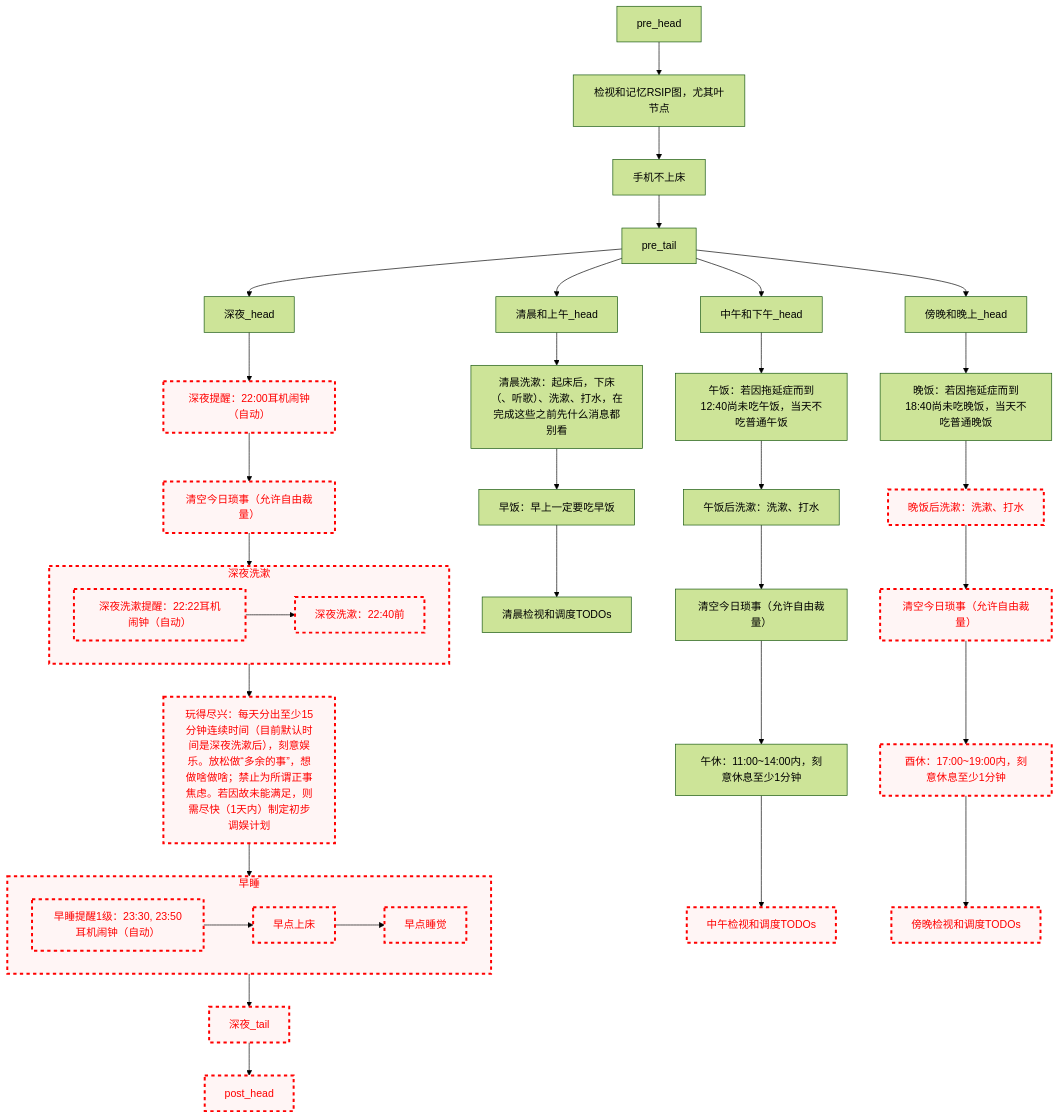
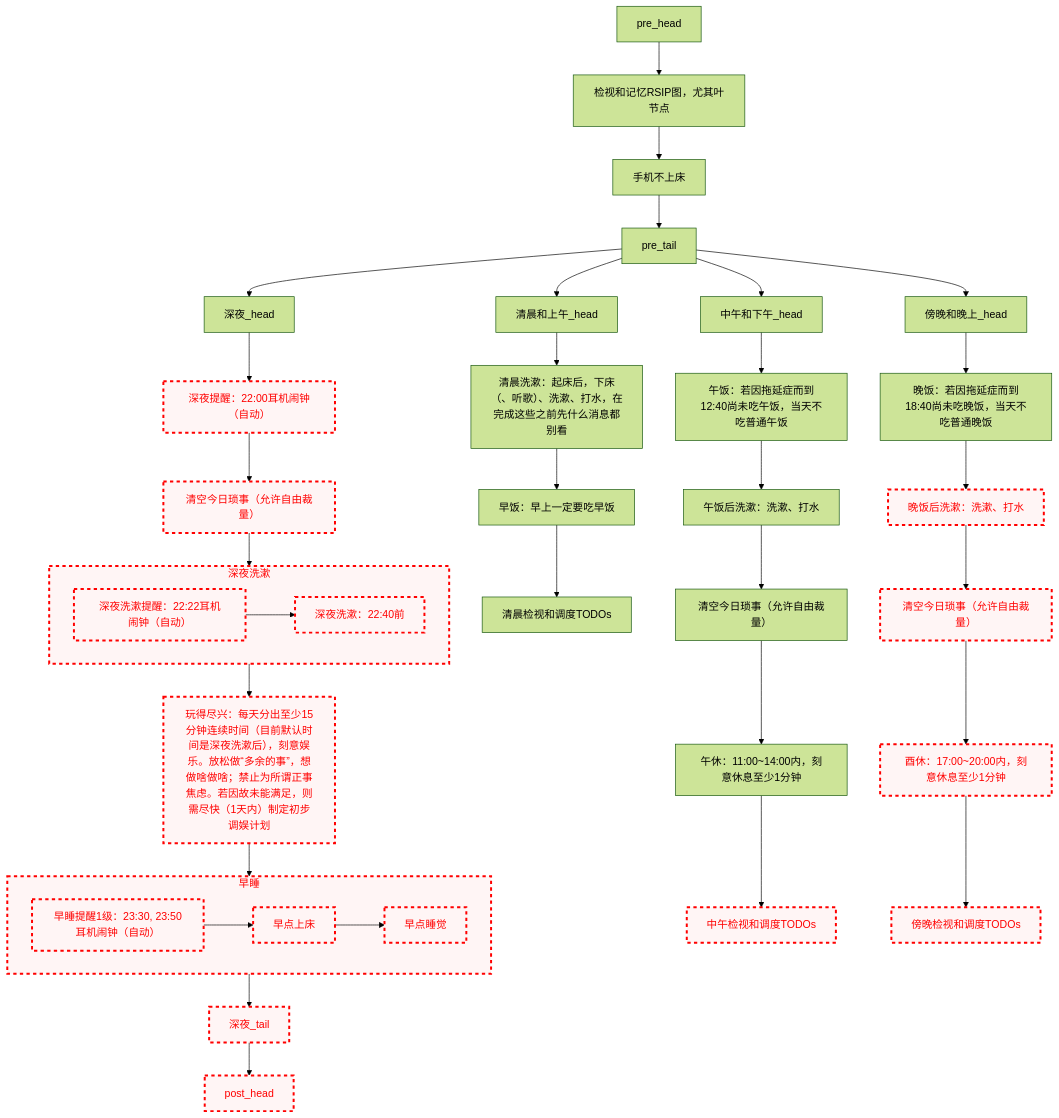
Before and after one commit to Ethkuil/RSIP-tree: the diagram in README.md, drawn with Mermaid (forest theme).

Commit message:
放宽酉休时限

````diff
--- a/README.md
+++ b/README.md
@@ -21,71 +21,71 @@
 ```mermaid
 graph TD
 
 classDef failed stroke:#ff0000, stroke-width:3px, color:#ff0000, fill:#fff5f5, stroke-dasharray: 5
 
 pre_head --> RSIP[检视和记忆RSIP图，尤其叶节点]
 RSIP --> 手机不上床
 手机不上床 --> pre_tail
 
 
 pre_tail --> 清晨和上午_head
 清晨和上午_head --> 清晨洗漱
 清晨洗漱[清晨洗漱：起床后，下床（、听歌）、洗漱、打水，在完成这些之前先什么消息都别看]
 清晨洗漱 --> 早饭[早饭：早上一定要吃早饭]
 早饭 --> 清晨看TODO[清晨检视和调度TODOs]
 
 
 pre_tail --> 中午和下午_head
 中午和下午_head --> 午饭[午饭：若因拖延症而到12:40尚未吃午饭，当天不吃普通午饭]
 午饭 --> 午饭后洗漱[午饭后洗漱：洗漱、打水]
 午饭后洗漱 --> 中午今日琐事[清空今日琐事（允许自由裁量）]
 中午今日琐事 --> 午休[午休：11:00~14:00内，刻意休息至少1分钟]
 午休 --> 中午看TODO[中午检视和调度TODOs]
 class 中午看TODO failed
 
 
 pre_tail --> 傍晚和晚上_head
 傍晚和晚上_head --> 晚饭[晚饭：若因拖延症而到18:40尚未吃晚饭，当天不吃普通晚饭]
 晚饭 --> 晚饭后洗漱[晚饭后洗漱：洗漱、打水]
 class 晚饭后洗漱 failed
 晚饭后洗漱 --> 傍晚今日琐事[清空今日琐事（允许自由裁量）]
 class 傍晚今日琐事 failed
-傍晚今日琐事 --> 酉休[酉休：17:00~19:00内，刻意休息至少1分钟]
+傍晚今日琐事 --> 酉休[酉休：17:00~20:00内，刻意休息至少1分钟]
 class 酉休 failed
 酉休 --> 傍晚看TODO[傍晚检视和调度TODOs]
 class 傍晚看TODO failed
 
 
 pre_tail --> 深夜_head
 深夜_head --> 深夜提醒[深夜提醒：22:00耳机闹钟（自动）]
 class 深夜提醒 failed
 深夜提醒 --> 深夜今日琐事[清空今日琐事（允许自由裁量）]
 class 深夜今日琐事 failed
 深夜今日琐事 --> 深夜洗漱
 subgraph 深夜洗漱
   深夜洗漱提醒[深夜洗漱提醒：22:22耳机闹钟（自动）]
   class 深夜洗漱提醒 failed
   深夜洗漱提醒 --> 深夜洗漱执行[深夜洗漱：22:40前]
   class 深夜洗漱执行 failed
 end
 class 深夜洗漱 failed
 深夜洗漱 --> 玩得尽兴[玩得尽兴：每天分出至少15分钟连续时间（目前默认时间是深夜洗漱后），刻意娱乐。放松做“多余的事”，想做啥做啥；禁止为所谓正事焦虑。若因故未能满足，则需尽快（1天内）制定初步调娱计划]
 class 玩得尽兴 failed
 
 玩得尽兴 --> 早睡
 subgraph 早睡
   早睡提醒1级[早睡提醒1级：23:30, 23:50耳机闹钟（自动）]
   class 早睡提醒1级 failed
   早睡提醒1级 --> 早点上床
   class 早点上床 failed
   早点上床 --> 早点睡觉
   class 早点睡觉 failed
 end
 class 早睡 failed
 早睡 --> 深夜_tail
 class 深夜_tail failed
 
 
 深夜_tail --> post_head
 class post_head failed
 ```
````
